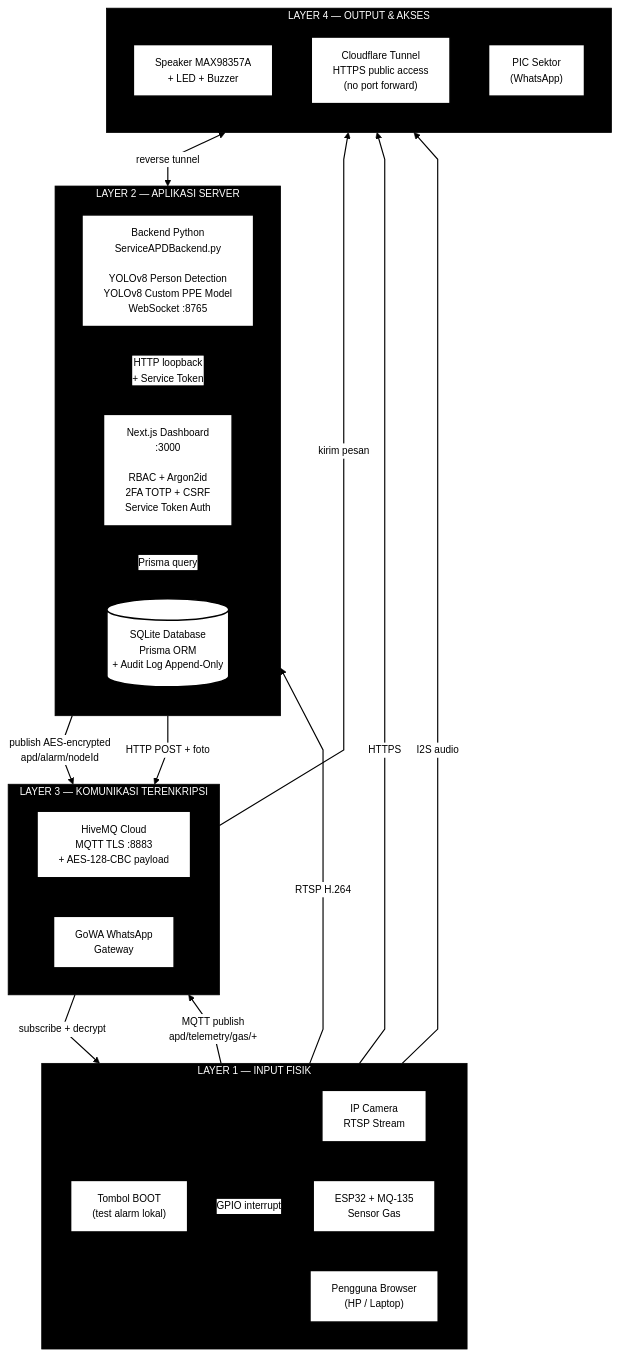
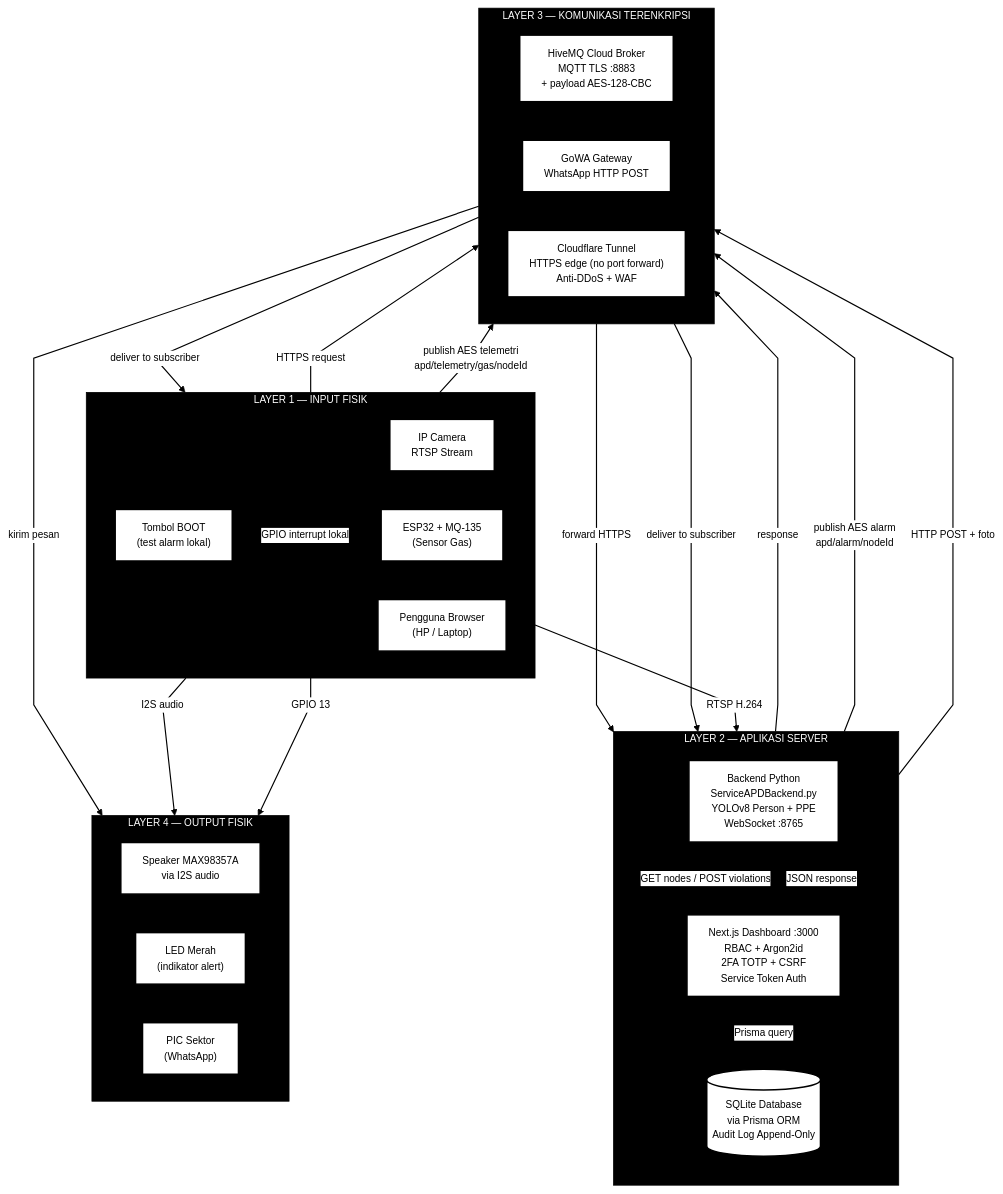
One commit to sitaurs/pbl-ppe changed the second of 4 diagrams in docs/BLOCK-DIAGRAM.md. Above: the diagram before and after it, drawn with Mermaid. The commit also changed other lines of this file and 4 other files, not shown here.

````diff
--- a/docs/BLOCK-DIAGRAM.md
+++ b/docs/BLOCK-DIAGRAM.md
@@ -105,67 +125,73 @@
     subgraph LAYER1["LAYER 1 — INPUT FISIK"]
         direction LR
         CAM["IP Camera<br/>RTSP Stream"]
-        ESP["ESP32 + MQ-135<br/>Sensor Gas"]
+        ESP["ESP32 + MQ-135<br/>(Sensor Gas)"]
         BTN["Tombol BOOT<br/>(test alarm lokal)"]
         USR["Pengguna Browser<br/>(HP / Laptop)"]
     end
 
     subgraph LAYER2["LAYER 2 — APLIKASI SERVER"]
         direction TB
-        PY["Backend Python<br/>ServiceAPDBackend.py<br/><br/>YOLOv8 Person Detection<br/>YOLOv8 Custom PPE Model<br/>WebSocket :8765"]
-        NX["Next.js Dashboard<br/>:3000<br/><br/>RBAC + Argon2id<br/>2FA TOTP + CSRF<br/>Service Token Auth"]
-        DB[("SQLite Database<br/>Prisma ORM<br/>+ Audit Log Append-Only")]
+        PY["Backend Python<br/>ServiceAPDBackend.py<br/>YOLOv8 Person + PPE<br/>WebSocket :8765"]
+        NX["Next.js Dashboard :3000<br/>RBAC + Argon2id<br/>2FA TOTP + CSRF<br/>Service Token Auth"]
+        DB[("SQLite Database<br/>via Prisma ORM<br/>Audit Log Append-Only")]
     end
 
     subgraph LAYER3["LAYER 3 — KOMUNIKASI TERENKRIPSI"]
         direction LR
-        MQTT["HiveMQ Cloud<br/>MQTT TLS :8883<br/>+ AES-128-CBC payload"]
-        WA["GoWA WhatsApp<br/>Gateway"]
+        MQTT["HiveMQ Cloud Broker<br/>MQTT TLS :8883<br/>+ payload AES-128-CBC"]
+        WA["GoWA Gateway<br/>WhatsApp HTTP POST"]
+        CF["Cloudflare Tunnel<br/>HTTPS edge (no port forward)<br/>Anti-DDoS + WAF"]
     end
 
-    subgraph LAYER4["LAYER 4 — OUTPUT & AKSES"]
-        direction TB
-        ALARM["Speaker MAX98357A<br/>+ LED + Buzzer"]
-        CF["Cloudflare Tunnel<br/>HTTPS public access<br/>(no port forward)"]
+    subgraph LAYER4["LAYER 4 — OUTPUT FISIK"]
+        direction LR
+        ALARM["Speaker MAX98357A<br/>via I2S audio"]
+        LED["LED Merah<br/>(indikator alert)"]
         WAUSER["PIC Sektor<br/>(WhatsApp)"]
     end
 
-    %% Input ke Processing
-    CAM ==>|RTSP H.264| PY
-    ESP ==>|MQTT publish<br/>apd/telemetry/gas/+| MQTT
-    BTN -.->|GPIO interrupt| ESP
-    USR ==>|HTTPS| CF
+    %% Input -> Server (LAYER1 -> LAYER2/LAYER3)
+    CAM -->|RTSP H.264| PY
+    BTN -.->|GPIO interrupt lokal| ESP
+    USR -->|HTTPS request| CF
 
-    %% Processing internal
-    PY <==>|HTTP loopback<br/>+ Service Token| NX
-    NX <==>|Prisma query| DB
+    %% Cloudflare <-> Dashboard (bidirectional)
+    CF -->|forward HTTPS| NX
+    NX -->|response| CF
 
-    %% MQTT bidirectional
-    PY ==>|publish AES-encrypted<br/>apd/alarm/nodeId| MQTT
-    MQTT ==>|subscribe + decrypt| ESP
+    %% Python <-> Dashboard (bidirectional, loopback HTTP + Service Token)
+    PY -->|GET nodes / POST violations| NX
+    NX -->|JSON response| PY
 
-    %% WhatsApp
-    PY ==>|HTTP POST + foto| WA
-    WA ==>|kirim pesan| WAUSER
+    %% Dashboard <-> Database (bidirectional read/write)
+    NX <-->|Prisma query| DB
 
-    %% Cloudflare ke dashboard
-    CF <==>|reverse tunnel| NX
+    %% Python -> MQTT -> ESP32 (alarm publish)
+    PY -->|publish AES alarm<br/>apd/alarm/nodeId| MQTT
+    MQTT -->|deliver to subscriber| ESP
 
-    %% Output ke speaker/LED
-    ESP ==>|I2S audio| ALARM
+    %% ESP32 -> MQTT -> Python (telemetri gas)
+    ESP -->|publish AES telemetri<br/>apd/telemetry/gas/nodeId| MQTT
+    MQTT -->|deliver to subscriber| PY
 
-    %% Style boxes
+    %% Python -> WhatsApp
+    PY -->|HTTP POST + foto| WA
+    WA -->|kirim pesan| WAUSER
+
+    %% ESP32 -> Output fisik
+    ESP -->|I2S audio| ALARM
+    ESP -->|GPIO 13| LED
+
+    %% Style
     classDef whiteBox fill:#ffffff,stroke:#000000,stroke-width:2px,color:#000000;
-    classDef dbBox    fill:#ffffff,stroke:#000000,stroke-width:2px,color:#000000;
-    class CAM,ESP,BTN,USR,PY,NX,MQTT,WA,ALARM,CF,WAUSER whiteBox;
-    class DB dbBox;
+    class CAM,ESP,BTN,USR,PY,NX,MQTT,WA,CF,ALARM,LED,WAUSER whiteBox;
+    class DB whiteBox;
 
-    %% Style layers (cluster)
     style LAYER1 fill:#000000,stroke:#000000,color:#ffffff
     style LAYER2 fill:#000000,stroke:#000000,color:#ffffff
     style LAYER3 fill:#000000,stroke:#000000,color:#ffffff
     style LAYER4 fill:#000000,stroke:#000000,color:#ffffff
 
-    %% Linkstyle: panah hitam tegas
     linkStyle default stroke:#000000,stroke-width:1.5px;
 ```
````
